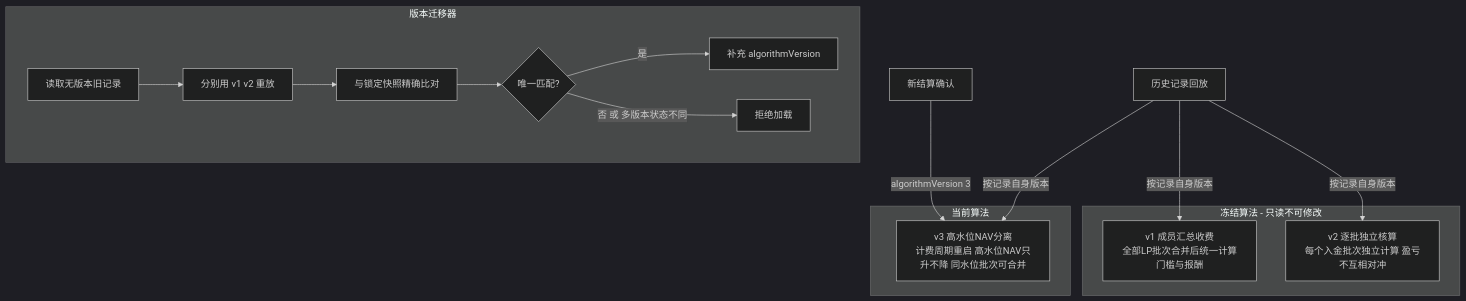
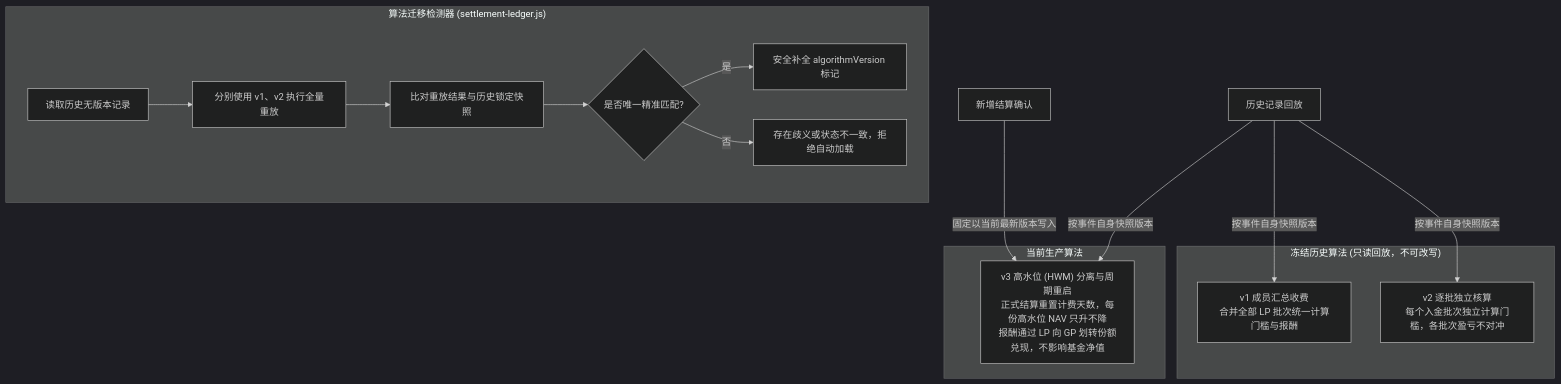
One commit to spicy-man/family-fund-manager changed the fourth of 7 diagrams in docs/technical/ARCHITECTURE.md. Above: the diagram before and after it, drawn with Mermaid (dark theme). The commit also changed other lines of this file and 2 other files, not shown here.

Commit message:
docs: add architecture and code review guidelines and update README documentation

````diff
--- a/docs/technical/ARCHITECTURE.md
+++ b/docs/technical/ARCHITECTURE.md
@@ -147,29 +187,29 @@
 ```mermaid
 flowchart TD
-    subgraph Frozen["冻结算法 - 只读不可修改"]
-        V1["v1 成员汇总收费<br/>全部LP批次合并后统一计算门槛与报酬"]
-        V2["v2 逐批独立核算<br/>每个入金批次独立计算 盈亏不互相对冲"]
+    subgraph Frozen["冻结历史算法 (只读回放，不可改写)"]
+        V1["v1 成员汇总收费<br/>合并全部 LP 批次统一计算门槛与报酬"]
+        V2["v2 逐批独立核算<br/>每个入金批次独立计算门槛，各批次盈亏不对冲"]
     end
 
-    subgraph Current["当前算法"]
-        V3["v3 高水位NAV分离<br/>计费周期重启 高水位NAV只升不降 同水位批次可合并"]
+    subgraph Current["当前生产算法"]
+        V3["v3 高水位 (HWM) 分离与周期重启<br/>正式结算重置计费天数，每份高水位 NAV 只升不降<br/>报酬通过 LP 向 GP 划转份额兑现，不影响基金净值"]
     end
 
-    subgraph Migration["版本迁移器"]
-        M_READ["读取无版本旧记录"]
-        M_REPLAY["分别用 v1 v2 重放"]
-        M_COMPARE["与锁定快照精确比对"]
-        M_MATCH{"唯一匹配?"}
-        M_ASSIGN["补充 algorithmVersion"]
-        M_REJECT["拒绝加载"]
+    subgraph Migration["算法迁移检测器 (settlement-ledger.js)"]
+        M_READ["读取历史无版本记录"]
+        M_REPLAY["分别使用 v1、v2 执行全量重放"]
+        M_COMPARE["比对重放结果与历史锁定快照"]
+        M_MATCH{"是否唯一精准匹配?"}
+        M_ASSIGN["安全补全 algorithmVersion 标记"]
+        M_REJECT["存在歧义或状态不一致，拒绝自动加载"]
     end
 
-    NEW_SETTLE["新结算确认"] -->|algorithmVersion 3| V3
-    HISTORY["历史记录回放"] -->|按记录自身版本| V1
-    HISTORY -->|按记录自身版本| V2
-    HISTORY -->|按记录自身版本| V3
+    NEW_SETTLE["新增结算确认"] -->|固定以当前最新版本写入| V3
+    HISTORY["历史记录回放"] -->|按事件自身快照版本| V1
+    HISTORY -->|按事件自身快照版本| V2
+    HISTORY -->|按事件自身快照版本| V3
 
     M_READ --> M_REPLAY --> M_COMPARE --> M_MATCH
     M_MATCH -->|是| M_ASSIGN
-    M_MATCH -->|否 或 多版本状态不同| M_REJECT
+    M_MATCH -->|否| M_REJECT
 ```
````
